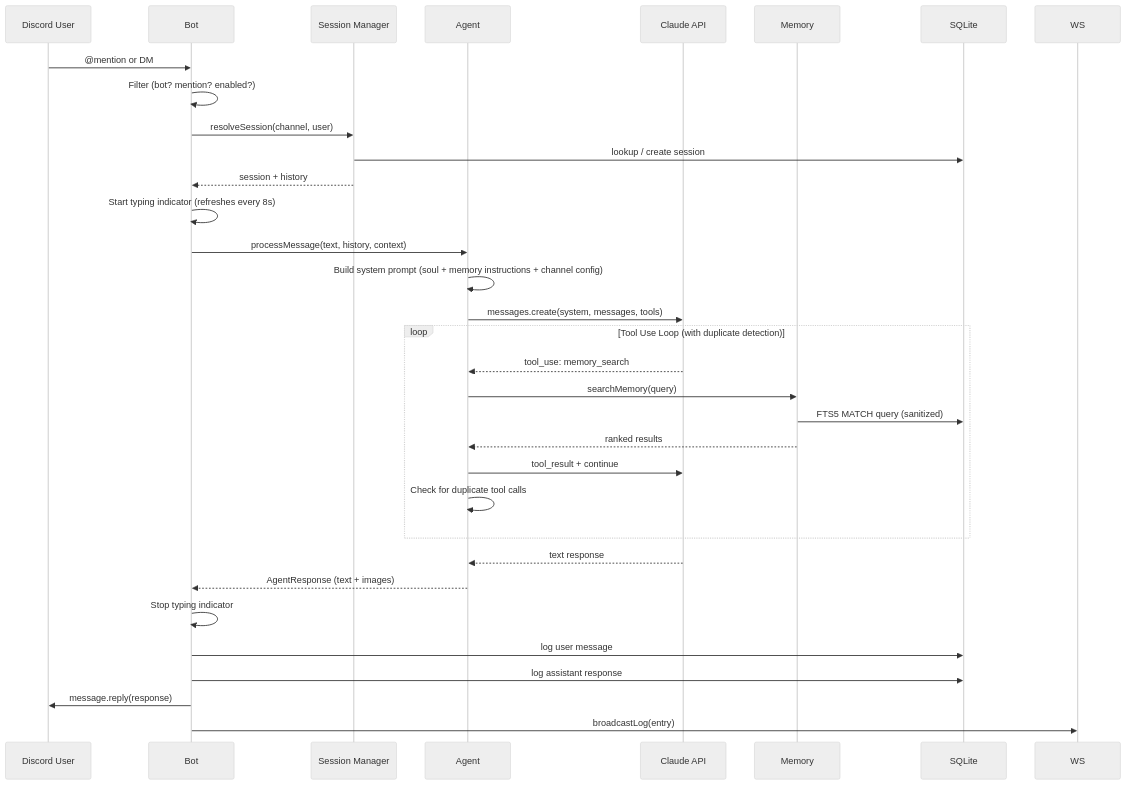
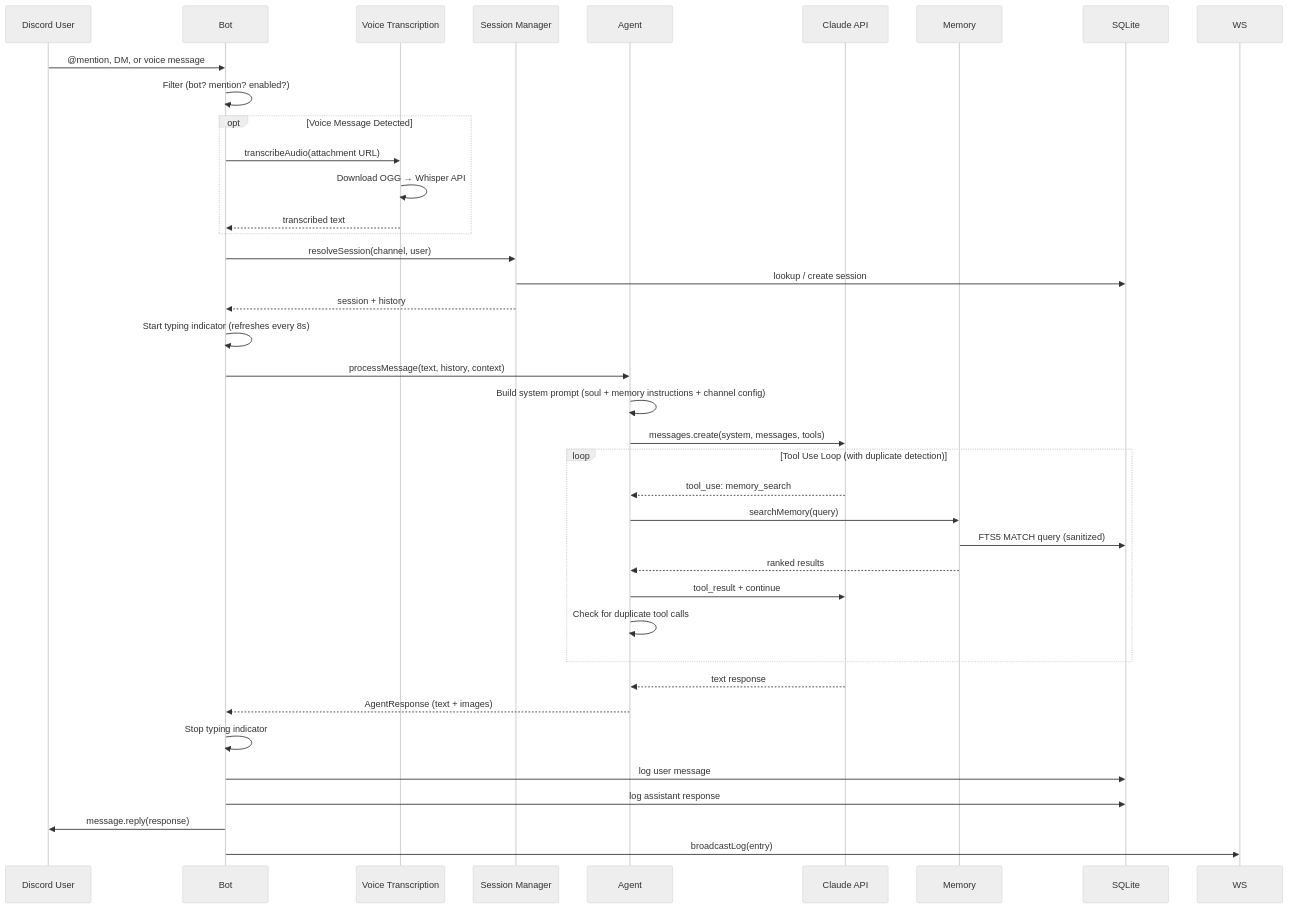
One commit to NaichuanZhang/discord-claw-auto-evolve changed the second of 5 diagrams in README.md. Above: the diagram before and after it, drawn with Mermaid (neutral theme). The commit also changed other lines of this file and 6 other files, not shown here.

Commit message:
feat(evolution): Add voice message transcription support via OpenAI Whisper

````diff
--- a/README.md
+++ b/README.md
@@ -200,39 +214,47 @@
 ```mermaid
 sequenceDiagram
     participant U as Discord User
     participant B as Bot
+    participant V as Voice Transcription
     participant S as Session Manager
     participant A as Agent
     participant C as Claude API
     participant M as Memory
     participant DB as SQLite
 
-    U->>B: @mention or DM
+    U->>B: @mention, DM, or voice message
     B->>B: Filter (bot? mention? enabled?)
+
+    opt Voice Message Detected
+        B->>V: transcribeAudio(attachment URL)
+        V->>V: Download OGG → Whisper API
+        V-->>B: transcribed text
+    end
+
     B->>S: resolveSession(channel, user)
     S->>DB: lookup / create session
     S-->>B: session + history
 
     B->>B: Start typing indicator (refreshes every 8s)
     B->>A: processMessage(text, history, context)
     A->>A: Build system prompt (soul + memory instructions + channel config)
     A->>C: messages.create(system, messages, tools)
 
     loop Tool Use Loop (with duplicate detection)
         C-->>A: tool_use: memory_search
         A->>M: searchMemory(query)
         M->>DB: FTS5 MATCH query (sanitized)
         M-->>A: ranked results
         A->>C: tool_result + continue
         A->>A: Check for duplicate tool calls
     end
 
     C-->>A: text response
     A-->>B: AgentResponse (text + images)
 
     B->>B: Stop typing indicator
     B->>DB: log user message
     B->>DB: log assistant response
     B->>U: message.reply(response)
     B->>WS: broadcastLog(entry)
 ```
````
